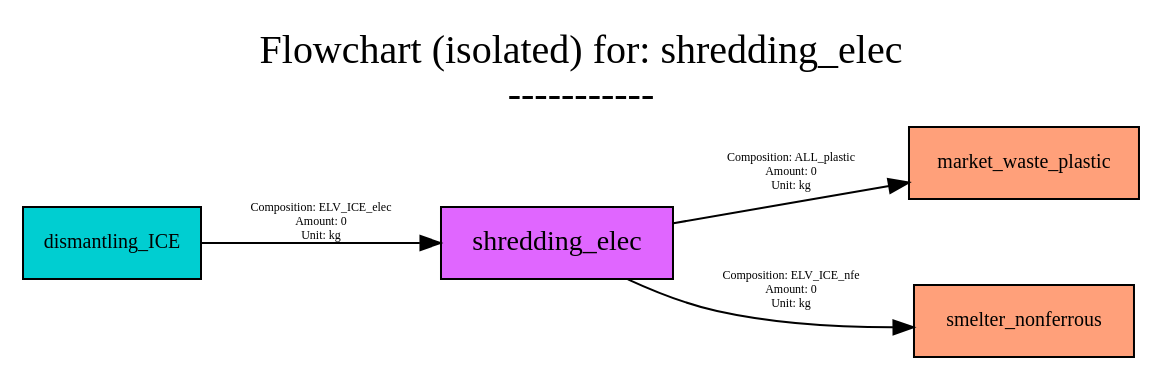
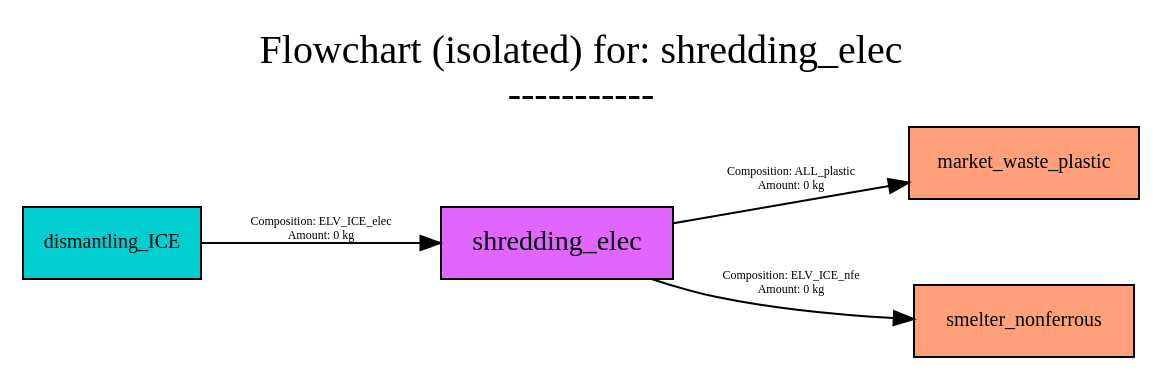
The diagram in src/examples/ELV/figures/flowcharts/processes/dot/shredding_elec.dot (FutuRaM-Project/Recovery-Model), drawn with Graphviz before and after one commit. The commit also changed 177 other files, not shown here.

```diff
--- a/src/examples/ELV/figures/flowcharts/processes/dot/shredding_elec.dot
+++ b/src/examples/ELV/figures/flowcharts/processes/dot/shredding_elec.dot
@@ -1,74 +1,71 @@
 digraph {
 	graph [bb="0,0,527,167",
 		font=Cabin,
 		fontname=Cabin,
 		fontsize=20,
 		label="Flowchart (isolated) for: shredding_elec
 -----------",
 		labeljust=c,
 		labelloc=tc,
 		lheight=0.61,
 		lp="263.5,141",
 		lwidth=4.61,
 		nodesep=0.6,
 		rankdir=LR,
 		ranksep=0.6
 	];
 	node [label="\N"];
 	shredding_elec	[fillcolor=mediumorchid1,
 		fontname=Cabin,
 		fontsize=14,
 		height=0.5,
 		pos="252.5,57",
 		shape=box,
 		style=filled,
 		width=1.4861];
 	market_waste_plastic	[fillcolor=lightsalmon1,
 		fontname=Cabin,
 		fontsize=10,
 		height=0.5,
 		pos="472.5,97",
 		shape=box,
 		style=filled,
 		width=1.5139];
 	shredding_elec -> market_waste_plastic	[color=black,
 		fontname=Cabin,
 		fontsize=6,
 		label="Composition: ALL_plastic
-Amount: 0 
-Unit: kg",
-		lp="362,92.5",
+Amount: 0 kg",
+		lp="362,89",
 		pos="e,417.7,87.128 306.27,66.683 336.74,72.274 375.29,79.347 407.49,85.255"];
 	smelter_nonferrous	[fillcolor=lightsalmon1,
 		fontname=Cabin,
 		fontsize=10,
 		height=0.5,
 		pos="472.5,18",
 		shape=box,
 		style=filled,
 		width=1.3889];
 	shredding_elec -> smelter_nonferrous	[color=black,
 		fontname=Cabin,
 		fontsize=6,
 		label="Composition: ELV_ICE_nfe
-Amount: 0 
-Unit: kg",
-		lp="362,33.5",
-		pos="e,422.38,14.996 285.88,38.863 298.61,32.64 313.61,26.392 328,23 355.2,16.588 386.1,14.833 412.24,14.886"];
+Amount: 0 kg",
+		lp="362,37",
+		pos="e,422.21,18.912 297.45,38.904 307.35,35.438 317.92,32.207 328,30 355.27,24.028 386.06,20.983 412.1,19.447"];
 	dismantling_ICE	[fillcolor=darkturquoise,
 		fontname=Cabin,
 		fontsize=10,
 		height=0.5,
 		pos="42.5,57",
 		shape=box,
 		style=filled,
 		width=1.1806];
 	dismantling_ICE -> shredding_elec	[color=black,
 		fontname=Cabin,
 		fontsize=6,
 		label="Composition: ELV_ICE_elec
-Amount: 0 
-Unit: kg",
-		lp="142,67.5",
+Amount: 0 kg",
+		lp="142,64",
 		pos="e,198.88,57 85.092,57 114.75,57 155.14,57 188.7,57"];
 }
```
